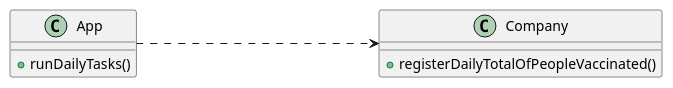
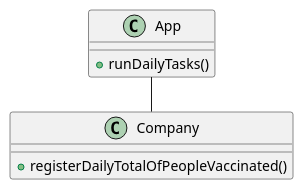
The diagram in docs/SprintD/US006/US006_CD.puml (Pirussa/lei-22-s2-1da-g02), drawn with PlantUML before and after one commit. The commit also changed 5 other files, not shown here.

Commit message:
US006 - Documentation - CD - Small update on class diagram - SSD - Done with some slight updates to do.

```diff
--- a/docs/SprintD/US006/US006_CD.puml
+++ b/docs/SprintD/US006/US006_CD.puml
@@ -1,23 +1,23 @@
 @startuml
 'https://plantuml.com/class-diagram
 
 
 
 
 class App{
 +runDailyTasks()
 }
 
 
 class Company{
 +registerDailyTotalOfPeopleVaccinated()
 }
 
 
 left to right direction
 
 
-App .....> Company
+App -r- Company
 
 
 @enduml
```
